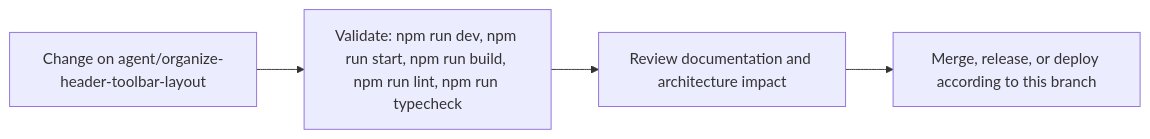
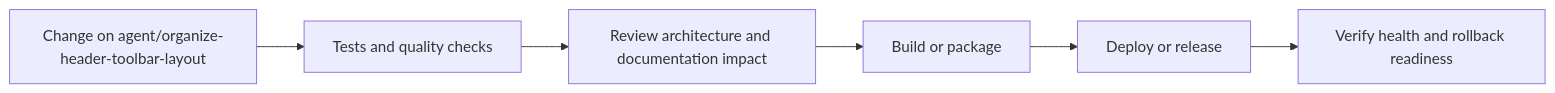
One commit to Nischhalsubba/BindForge-NW changed the fourth of 5 diagrams in README.md. Above: the diagram before and after it, drawn with Mermaid. The commit also changed other lines of this file, not shown here.

````diff
--- a/README.md
+++ b/README.md
@@ -72,8 +148,8 @@
 ```mermaid
 flowchart LR
-    CHANGE["Change on agent/organize-header-toolbar-layout"]
-    CHECK["Validate: npm run dev, npm run start, npm run build, npm run lint, npm run typecheck"]
-    REVIEW["Review documentation and architecture impact"]
-    RELEASE["Merge, release, or deploy according to this branch"]
-    CHANGE --> CHECK --> REVIEW --> RELEASE
+    CHANGE["Change on agent/organize-header-toolbar-layout"] --> CHECK["Tests and quality checks"]
+    CHECK --> REVIEW["Review architecture and documentation impact"]
+    REVIEW --> BUILD["Build or package"]
+    BUILD --> DEPLOY["Deploy or release"]
+    DEPLOY --> VERIFY["Verify health and rollback readiness"]
 ```
````
